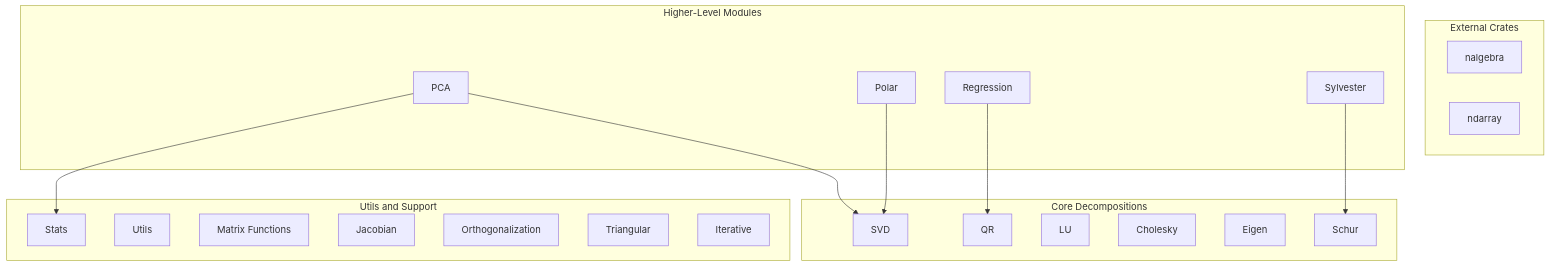
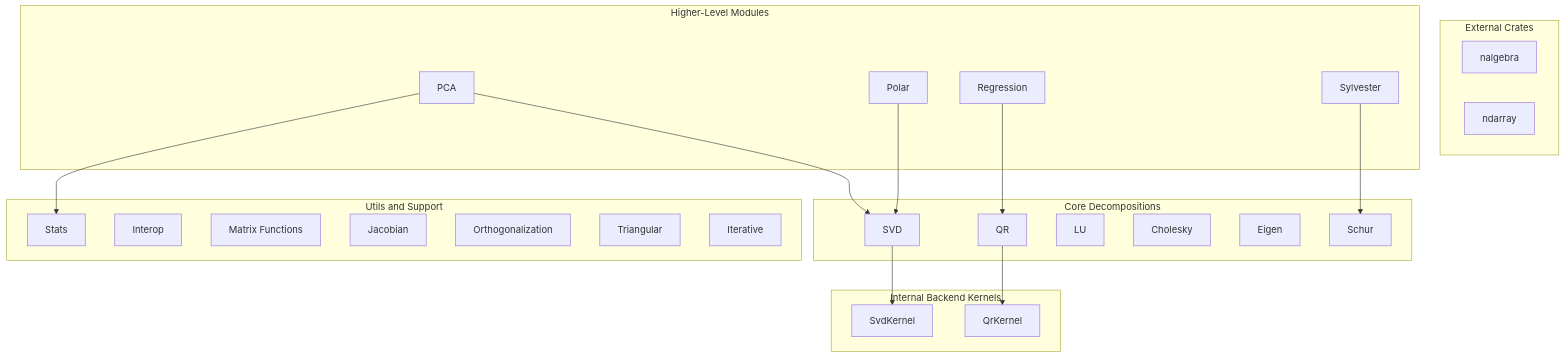
Before and after one commit to MontOpsInc/nabled: the diagram in docs/architecture.md, drawn with Mermaid. The commit also changed other lines of this file and 23 other files, not shown here.

Commit message:
feat: introduces backend kernel traits, some housekeeping

````diff
--- a/docs/architecture.md
+++ b/docs/architecture.md
@@ -7,39 +7,46 @@
 ```mermaid
 flowchart TB
     subgraph External [External Crates]
         nalgebra[nalgebra]
         ndarray[ndarray]
+    end
+
+    subgraph Backend [Internal Backend Kernels]
+        backend_svd[SvdKernel]
+        backend_qr[QrKernel]
     end
 
     subgraph Core [Core Decompositions]
         svd[SVD]
         qr[QR]
         lu[LU]
         cholesky[Cholesky]
         eigen[Eigen]
         schur[Schur]
     end
 
     subgraph HigherLevel [Higher-Level Modules]
         pca[PCA]
         regression[Regression]
         polar[Polar]
         sylvester[Sylvester]
     end
 
     subgraph Utils [Utils and Support]
         stats[Stats]
-        utils[Utils]
+        interop[Interop]
         matrix_functions[Matrix Functions]
         jacobian[Jacobian]
         orthogonalization[Orthogonalization]
         triangular[Triangular]
         iterative[Iterative]
     end
 
+    svd --> backend_svd
+    qr --> backend_qr
     pca --> stats
     pca --> svd
     regression --> qr
     polar --> svd
     sylvester --> schur
 ```
````
